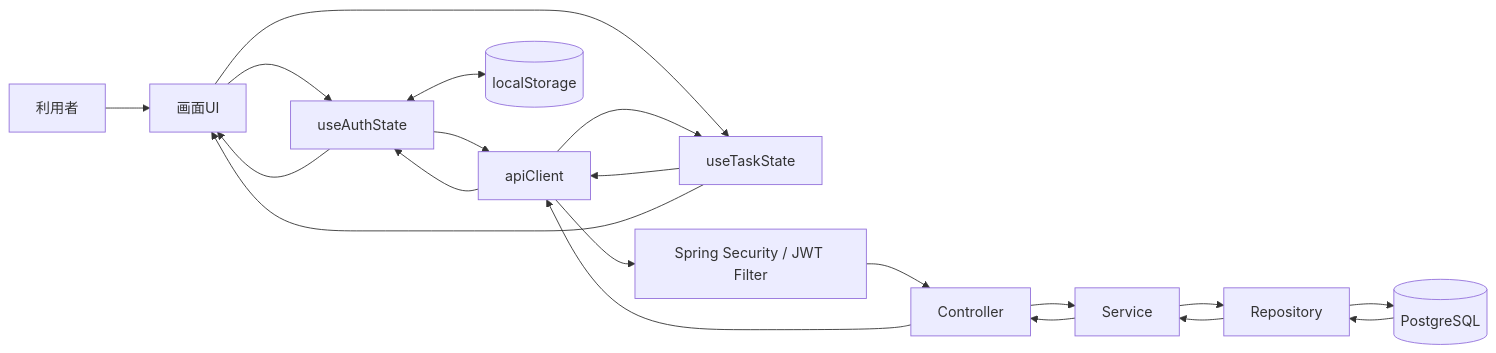
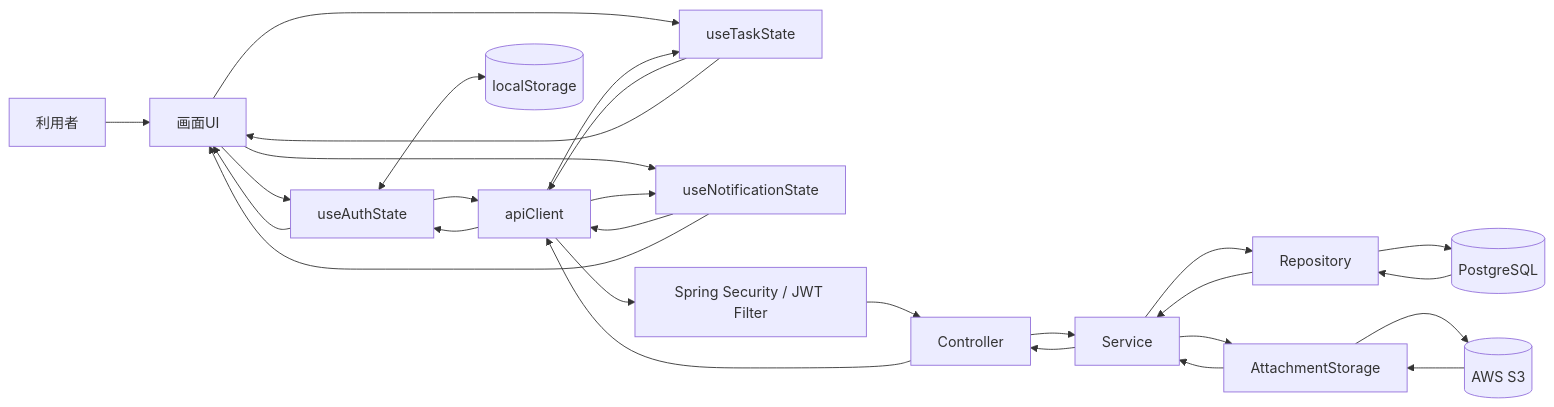
Before and after one commit to kitune-udon/task-manager-app: the first of 28 diagrams in docs/01_設計/08_データフロー図設計書.md, drawn with Mermaid. The commit also changed other lines of this file and 10 other files, not shown here.

````diff
--- a/docs/01_設計/08_データフロー図設計書.md
+++ b/docs/01_設計/08_データフロー図設計書.md
@@ -79,37 +137,50 @@
 ```mermaid
 flowchart LR
     U["利用者"]
     UI["画面UI"]
     AUTH["useAuthState"]
     TASK["useTaskState"]
+    NOTIFY["useNotificationState"]
     API["apiClient"]
     SEC["Spring Security / JWT Filter"]
     CTRL["Controller"]
     SVC["Service"]
     REP["Repository"]
+    STORE["AttachmentStorage"]
     DB[("PostgreSQL")]
+    S3[("AWS S3")]
     LS[("localStorage")]
 
     U --> UI
     UI --> AUTH
     UI --> TASK
+    UI --> NOTIFY
 
     AUTH --> API
     TASK --> API
+    NOTIFY --> API
 
     AUTH <--> LS
+
     API --> SEC
     SEC --> CTRL
     CTRL --> SVC
     SVC --> REP
     REP --> DB
 
+    SVC --> STORE
+    STORE --> S3
+
     DB --> REP
     REP --> SVC
+    S3 --> STORE
+    STORE --> SVC
     SVC --> CTRL
     CTRL --> API
     API --> AUTH
     API --> TASK
+    API --> NOTIFY
     AUTH --> UI
     TASK --> UI
+    NOTIFY --> UI
 ```
````
